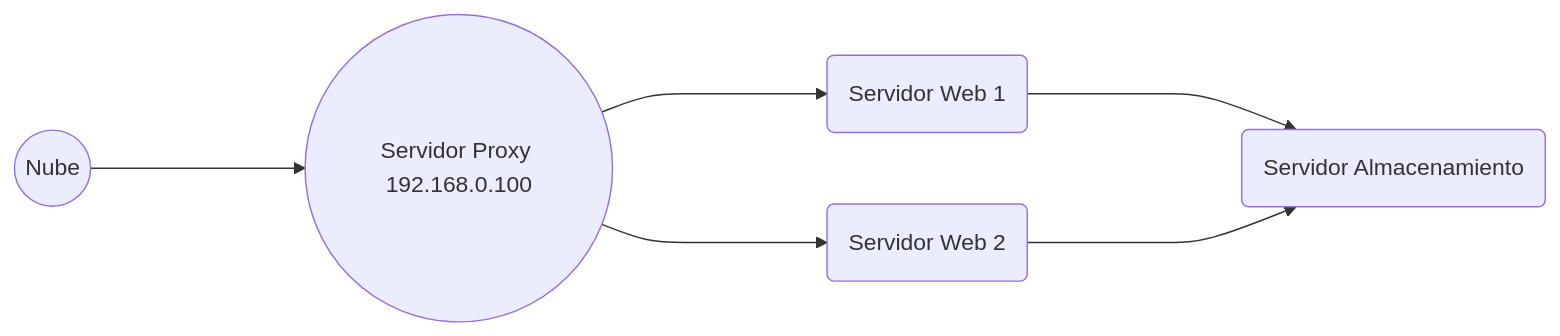
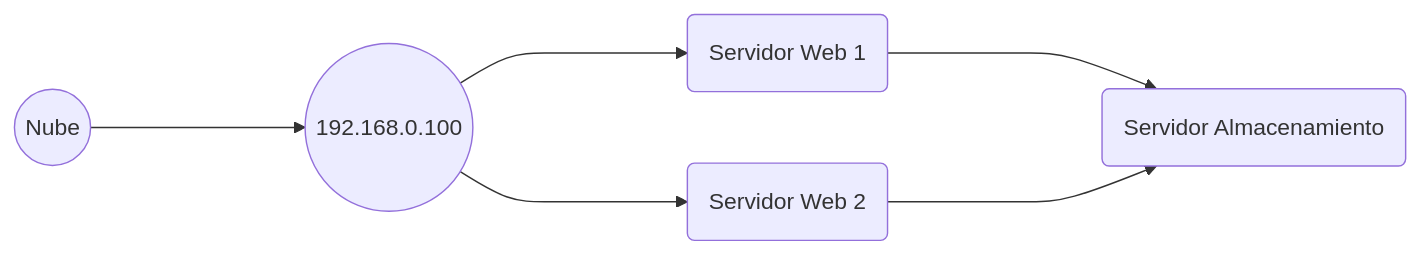
One commit to eavurela/infra_cloud changed the second of 3 diagrams in TP_INFRA.md. Above: the diagram before and after it, drawn with Mermaid. The commit also changed other lines of this file, not shown here.

````diff
--- a/TP_INFRA.md
+++ b/TP_INFRA.md
@@ -478,12 +477,12 @@
 ```mermaid
 graph LR
-A((Nube)) ----> B((Servidor Proxy 192.168.0.100))
+A((Nube)) ----> B((192.168.0.100))
 B ----> C(Servidor Web 1)
 B ----> D(Servidor Web 2)
 C ----> E(Servidor Almacenamiento)
 D ----> E(Servidor Almacenamiento)
 
 
 
 
 ```
````
